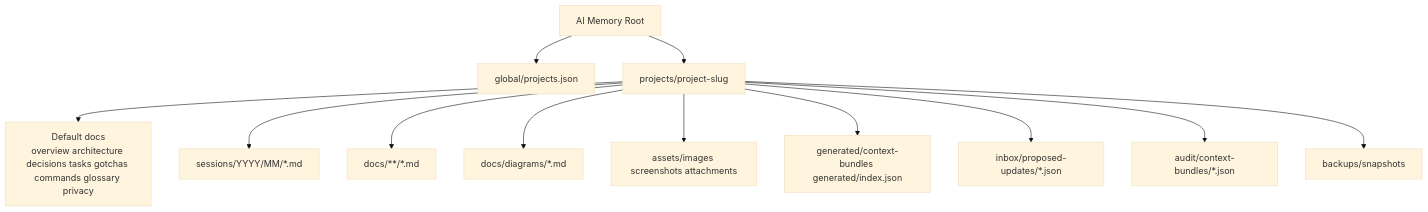
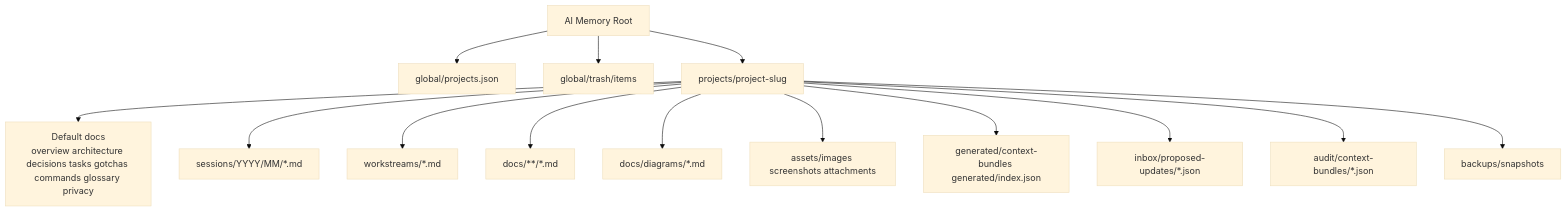
Diagram 16 of 21 in docs/DIAGRAMS.md (zharwing/memory), drawn with Mermaid (base theme) before and after one commit. The commit also changed other lines of this file and 71 other files, not shown here.

Commit message:
feat: refactored dashboard, ui, docs, graph - added md view and doc preview modal

````diff
--- a/docs/DIAGRAMS.md
+++ b/docs/DIAGRAMS.md
@@ -546,27 +567,31 @@
 ```mermaid
 flowchart TB
   Root["AI Memory Root"]
   Global["global/projects.json"]
+  Trash["global/trash/items"]
   Project["projects/project-slug"]
   Defaults["Default docs\noverview architecture decisions tasks gotchas commands glossary privacy"]
   Sessions["sessions/YYYY/MM/*.md"]
+  Workstreams["workstreams/*.md"]
   Docs["docs/**/*.md"]
   Diagrams["docs/diagrams/*.md"]
   Assets["assets/images screenshots attachments"]
   Generated["generated/context-bundles generated/index.json"]
   Inbox["inbox/proposed-updates/*.json"]
   Audit["audit/context-bundles/*.json"]
   Backups["backups/snapshots"]
 
   Root --> Global
+  Root --> Trash
   Root --> Project
   Project --> Defaults
   Project --> Sessions
+  Project --> Workstreams
   Project --> Docs
   Project --> Diagrams
   Project --> Assets
   Project --> Generated
   Project --> Inbox
   Project --> Audit
   Project --> Backups
 ```
````
